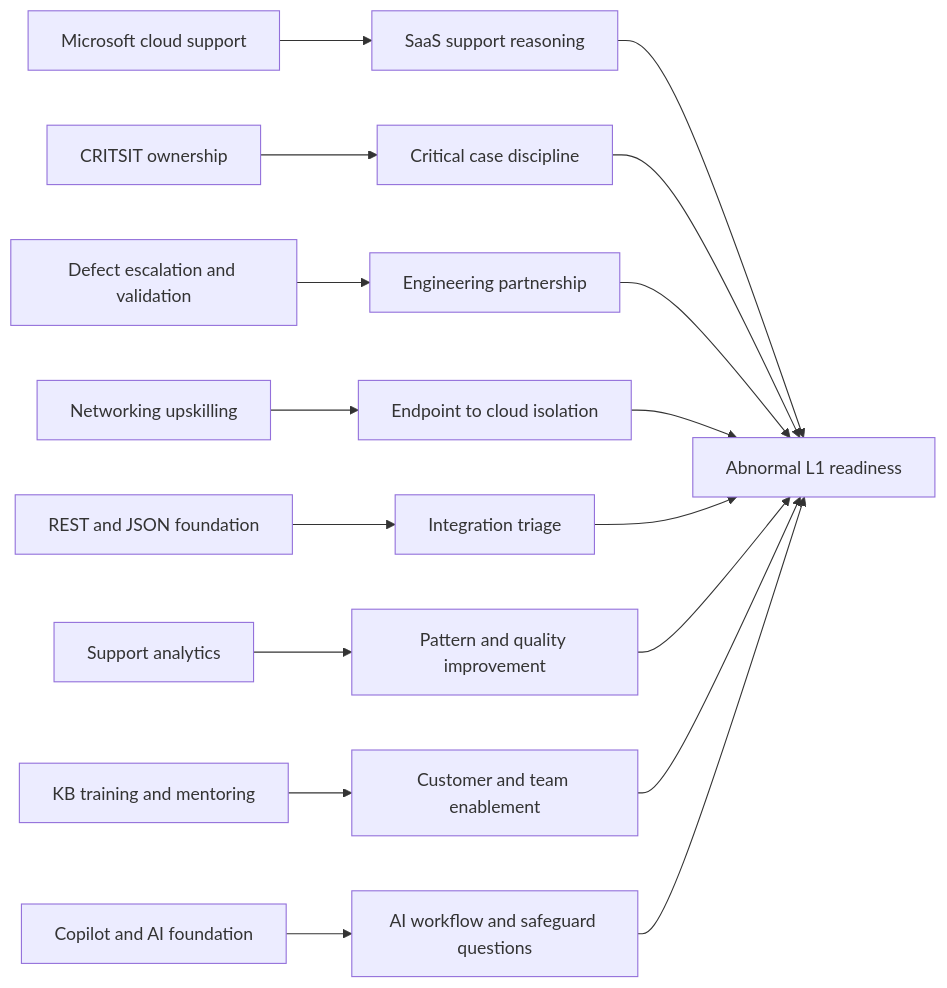
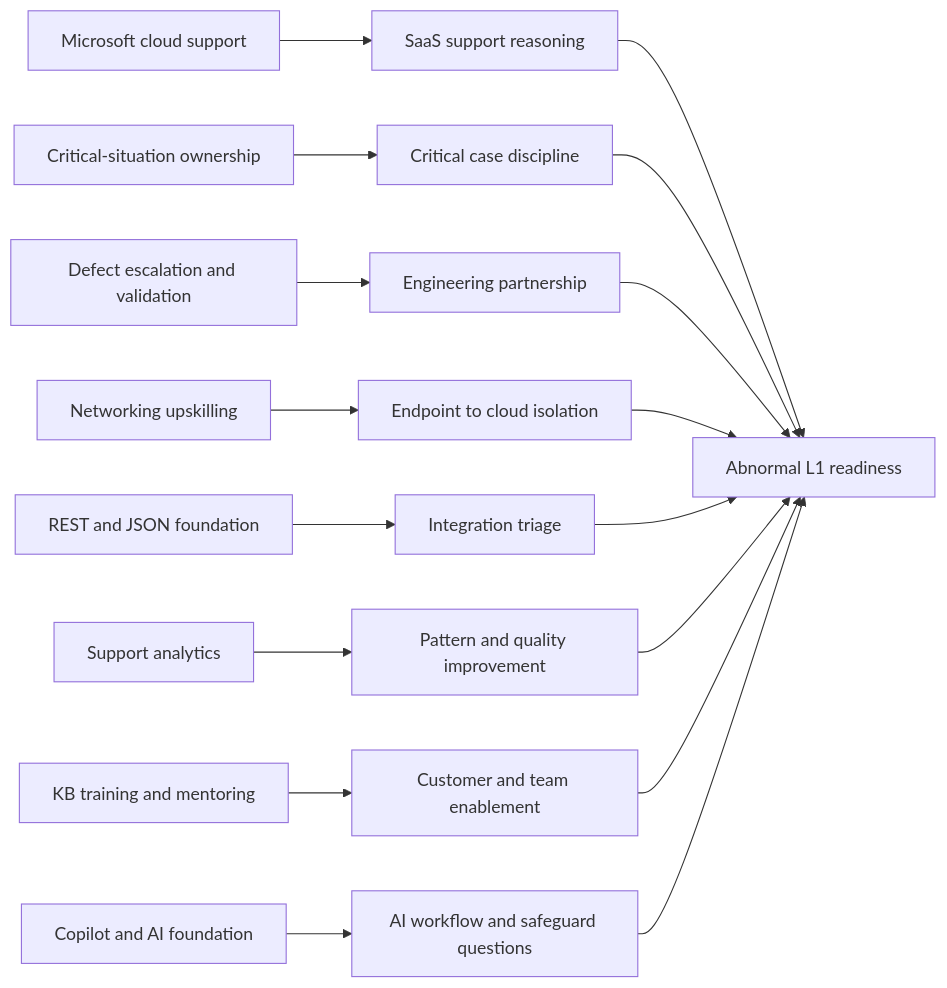
Before and after one commit to hichauhan-in/Interview-Prep: the sixth of 8 diagrams in AbnormalAI TSE/prep/Part-001-role-compass-and-honest-candidate-story.md, drawn with Mermaid. The commit also changed other lines of this file and 493 other files, not shown here.

````diff
--- a/AbnormalAI TSE/prep/Part-001-role-compass-and-honest-candidate-story.md
+++ b/AbnormalAI TSE/prep/Part-001-role-compass-and-honest-candidate-story.md
@@ -371,19 +371,19 @@
 ```mermaid
 flowchart LR
     M365[Microsoft cloud support] --> SaaS[SaaS support reasoning]
-    Critsit[CRITSIT ownership] --> Cases[Critical case discipline]
+    Crit[Critical-situation ownership] --> Cases[Critical case discipline]
     Escalation[Defect escalation and validation] --> Eng[Engineering partnership]
     Network[Networking upskilling] --> Path[Endpoint to cloud isolation]
     API[REST and JSON foundation] --> Integration[Integration triage]
     Analytics[Support analytics] --> Trends[Pattern and quality improvement]
     Knowledge[KB training and mentoring] --> Enablement[Customer and team enablement]
     AI[Copilot and AI foundation] --> Safety[AI workflow and safeguard questions]
     SaaS --> Role[Abnormal L1 readiness]
     Cases --> Role
     Eng --> Role
     Path --> Role
     Integration --> Role
     Trends --> Role
     Enablement --> Role
     Safety --> Role
 ```
````
